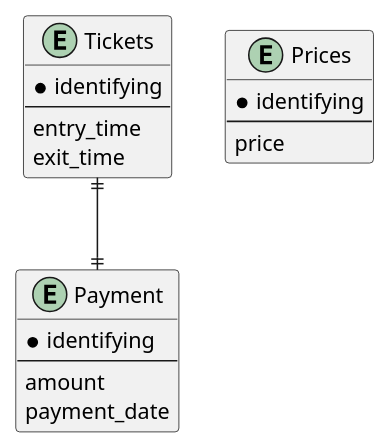
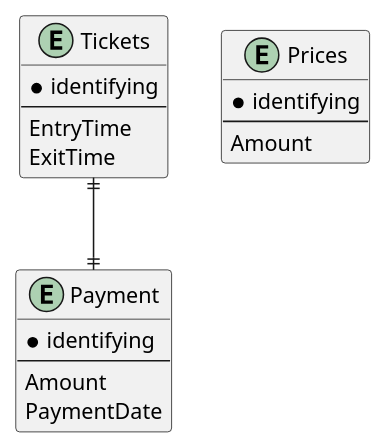
Before and after one commit to cgedler/AppParkingSys-Back: the diagram in uml/Entities.puml, drawn with PlantUML. The commit also changed 45 other files, not shown here.

```diff
--- a/uml/Entities.puml
+++ b/uml/Entities.puml
@@ -1,25 +1,25 @@
 @startuml
 
 entity Tickets {
 * identifying
 --
-entry_time
-exit_time
+EntryTime
+ExitTime
 }
 
 entity Prices {
 * identifying
 --
-price
+Amount
 }
 
 entity Payment {
 * identifying
 --
-amount
-payment_date
+Amount
+PaymentDate
 }
 
 Tickets ||--|| Payment
 
 @enduml
```
